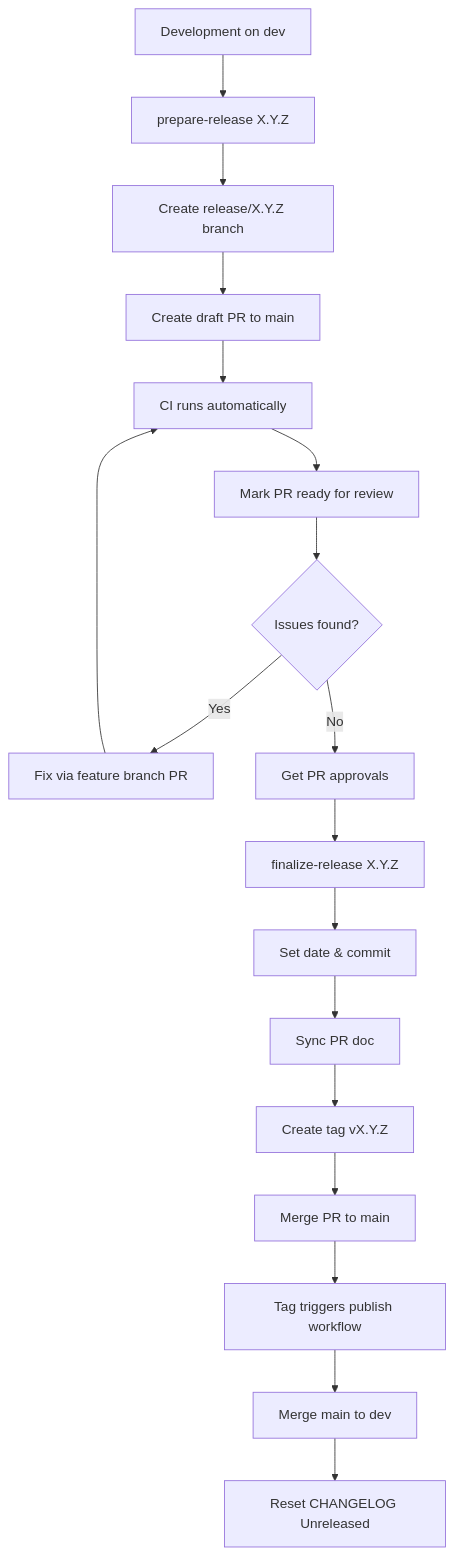
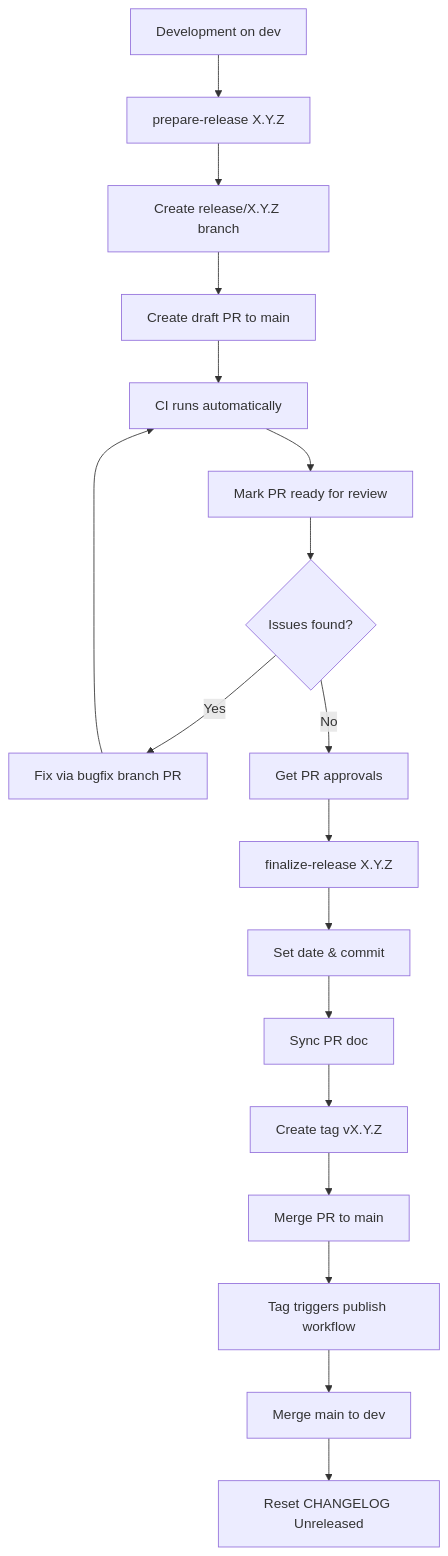
The second of 2 diagrams in docs/RELEASE_CYCLE.md (vig-os/devcontainer), drawn with Mermaid before and after one commit. The commit also changed other lines of this file and 1 other file, not shown here.

````diff
--- a/docs/RELEASE_CYCLE.md
+++ b/docs/RELEASE_CYCLE.md
@@ -65,20 +65,20 @@
 ```mermaid
 graph TB
     A[Development on dev] --> B[prepare-release X.Y.Z]
     B --> C[Create release/X.Y.Z branch]
     C --> D[Create draft PR to main]
     D --> E[CI runs automatically]
     E --> F[Mark PR ready for review]
     F --> G{Issues found?}
-    G -->|Yes| H[Fix via feature branch PR]
+    G -->|Yes| H[Fix via bugfix branch PR]
     H --> E
     G -->|No| I[Get PR approvals]
     I --> J[finalize-release X.Y.Z]
     J --> K[Set date & commit]
     K --> L[Sync PR doc]
     L --> M[Create tag vX.Y.Z]
     M --> N[Merge PR to main]
     N --> O[Tag triggers publish workflow]
     O --> P[Merge main to dev]
     P --> Q[Reset CHANGELOG Unreleased]
 ```
````
